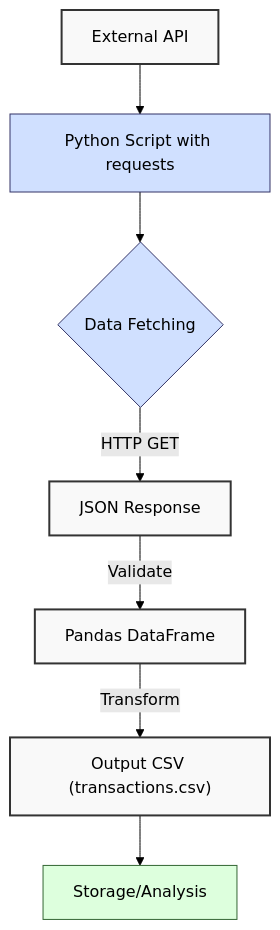
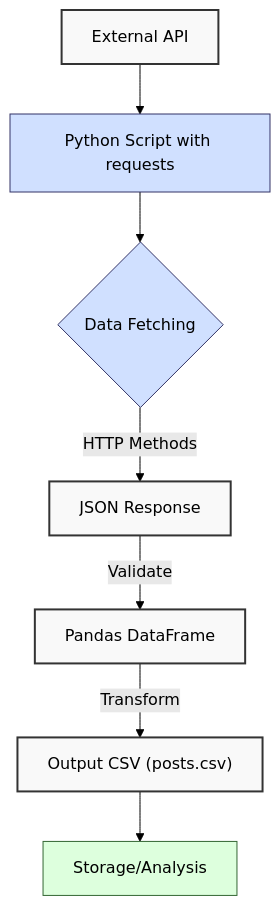
One commit to wahidyankf/hijra-eng-onboarding changed the first of 3 diagrams in apps-standalone/hijra-eng-onboarding/content/learn/de-onboarding-foundations/ch04-web-integration-and-apis/_index.md. Above: the diagram before and after it, drawn with Mermaid (forest theme). The commit also changed other lines of this file and 1 other file, not shown here.

````diff
--- a/apps-standalone/hijra-eng-onboarding/content/learn/de-onboarding-foundations/ch04-web-integration-and-apis/_index.md
+++ b/apps-standalone/hijra-eng-onboarding/content/learn/de-onboarding-foundations/ch04-web-integration-and-apis/_index.md
@@ -19,17 +19,17 @@
 ```mermaid
 flowchart TD
     A["External API"] --> B["Python Script with requests"]
     B --> C{"Data Fetching"}
-    C -->|HTTP GET| D["JSON Response"]
+    C -->|HTTP Methods| D["JSON Response"]
     D -->|Validate| E["Pandas DataFrame"]
-    E -->|Transform| F["Output CSV (transactions.csv)"]
+    E -->|Transform| F["Output CSV (posts.csv)"]
     F --> G["Storage/Analysis"]
 
     classDef data fill:#f9f9f9,stroke:#333,stroke-width:2px
     classDef process fill:#d0e0ff,stroke:#336,stroke-width:1px
     classDef storage fill:#ddffdd,stroke:#363,stroke-width:1px
 
     class A,D,E,F data
     class B,C process
     class G storage
 ```
````
